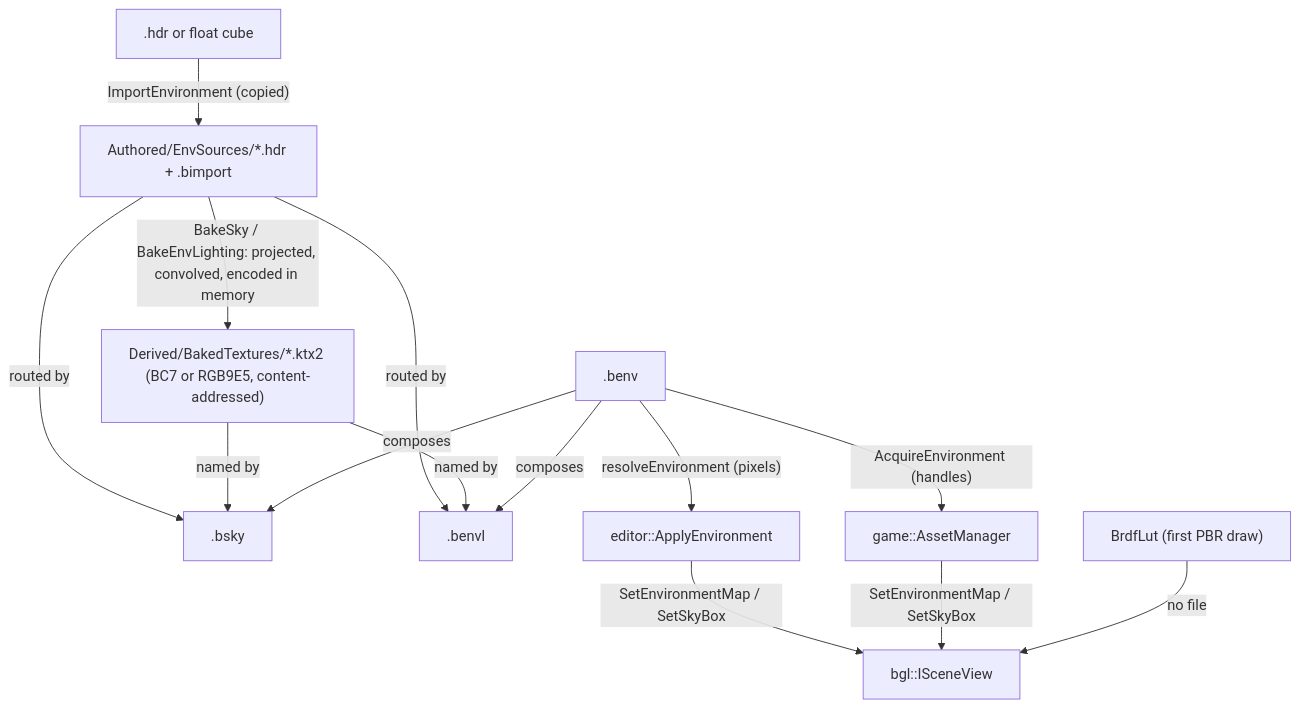
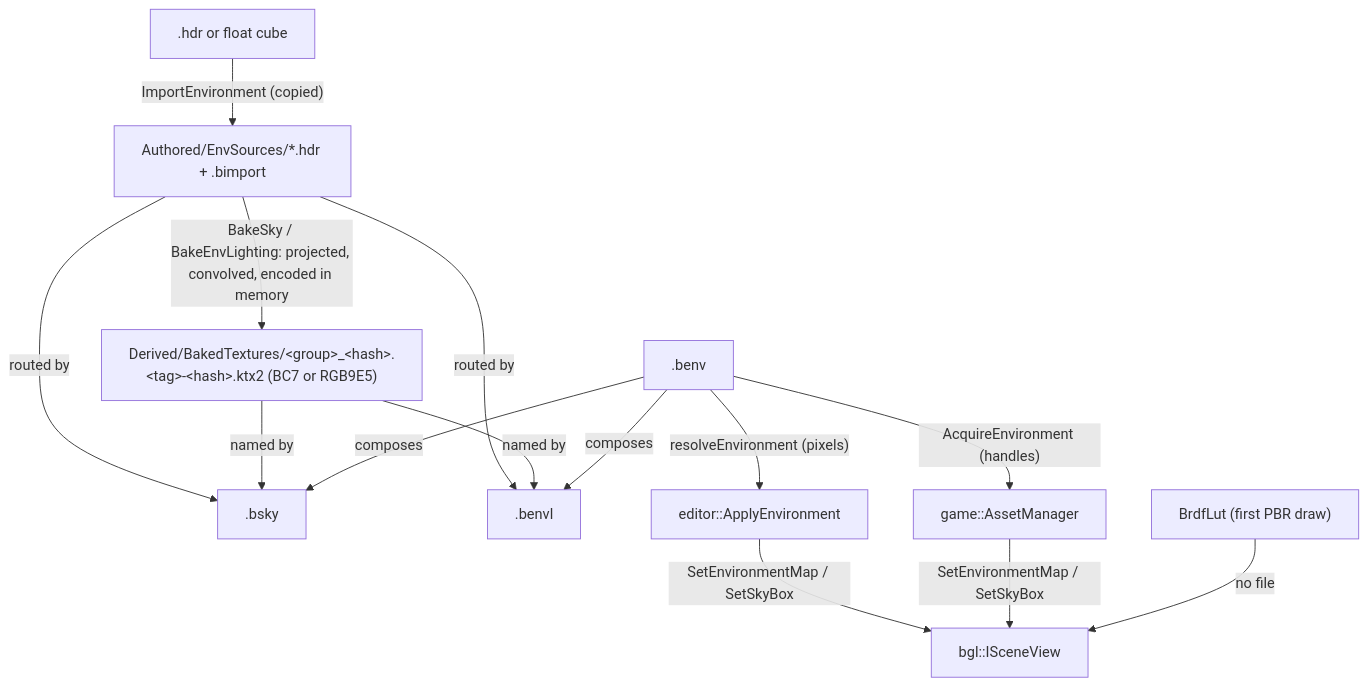
Before and after one commit to alexjiang200407/bernini: the diagram in docs/envmaps.md, drawn with Mermaid. The commit also changed other lines of this file and 6 other files, not shown here.

````diff
--- a/docs/envmaps.md
+++ b/docs/envmaps.md
@@ -139,20 +144,20 @@
 ```mermaid
 flowchart TD
     HDR[".hdr or float cube"] -- "ImportEnvironment (copied)" --> COPY["Authored/EnvSources/*.hdr + .bimport"]
-    COPY -- "BakeSky / BakeEnvLighting: projected, convolved, encoded in memory" --> BAKED["Derived/BakedTextures/*.ktx2 (BC7 or RGB9E5, content-addressed)"]
+    COPY -- "BakeSky / BakeEnvLighting: projected, convolved, encoded in memory" --> BAKED["Derived/BakedTextures/&lt;group&gt;_&lt;hash&gt;.&lt;tag&gt;-&lt;hash&gt;.ktx2 (BC7 or RGB9E5)"]
 
     COPY -- "routed by" --> BSKY[".bsky"]
     COPY -- "routed by" --> BENVL[".benvl"]
     BAKED -- "named by" --> BSKY
     BAKED -- "named by" --> BENVL
 
     BENV[".benv"] -- "composes" --> BSKY
     BENV -- "composes" --> BENVL
 
     BENV -- "resolveEnvironment (pixels)" --> EDITOR["editor::ApplyEnvironment"]
     BENV -- "AcquireEnvironment (handles)" --> GAME["game::AssetManager"]
 
     EDITOR -- "SetEnvironmentMap / SetSkyBox" --> VIEW["bgl::ISceneView"]
     GAME -- "SetEnvironmentMap / SetSkyBox" --> VIEW
     LUT["BrdfLut (first PBR draw)"] -- "no file" --> VIEW
 ```
````
